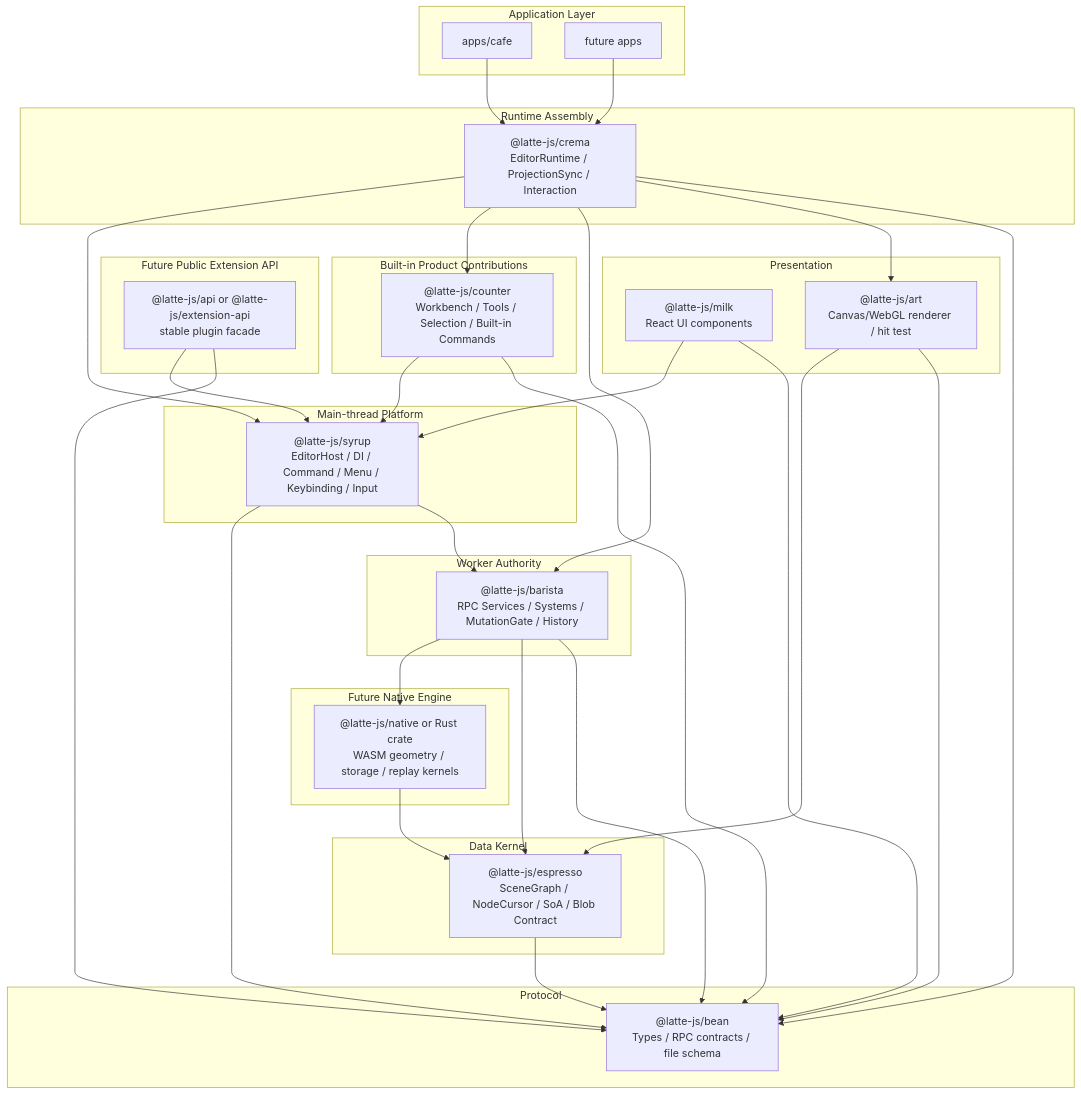
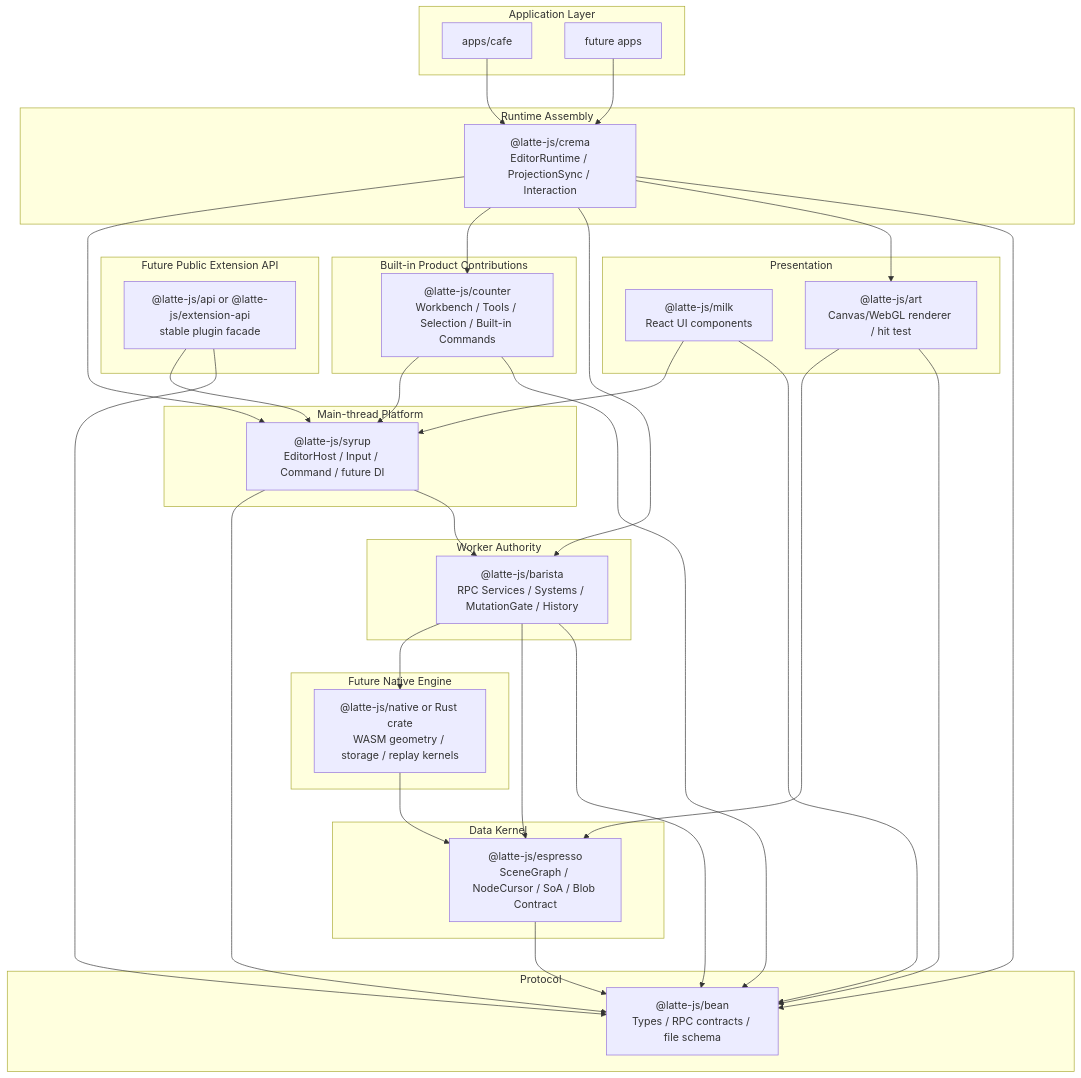
The first of 6 diagrams in docs/architecture-blueprint.zh-CN.md (DrugsZ/Latte), drawn with Mermaid before and after one commit. The commit also changed other lines of this file and 85 other files, not shown here.

````diff
--- a/docs/architecture-blueprint.zh-CN.md
+++ b/docs/architecture-blueprint.zh-CN.md
@@ -81,75 +81,75 @@
 ```mermaid
 graph TD
     subgraph App["Application Layer"]
         Cafe["apps/cafe"]
         FutureApps["future apps"]
     end
 
     subgraph Runtime["Runtime Assembly"]
         Crema["@latte-js/crema<br/>EditorRuntime / ProjectionSync / Interaction"]
     end
 
     subgraph Platform["Main-thread Platform"]
-        Syrup["@latte-js/syrup<br/>EditorHost / DI / Command / Menu / Keybinding / Input"]
+        Syrup["@latte-js/syrup<br/>EditorHost / Input / Command / future DI"]
     end
 
     subgraph Product["Built-in Product Contributions"]
         Counter["@latte-js/counter<br/>Workbench / Tools / Selection / Built-in Commands"]
     end
 
     subgraph PublicAPI["Future Public Extension API"]
         API["@latte-js/api or @latte-js/extension-api<br/>stable plugin facade"]
     end
 
     subgraph UI["Presentation"]
         Milk["@latte-js/milk<br/>React UI components"]
         Art["@latte-js/art<br/>Canvas/WebGL renderer / hit test"]
     end
 
     subgraph Worker["Worker Authority"]
         Barista["@latte-js/barista<br/>RPC Services / Systems / MutationGate / History"]
     end
 
     subgraph Native["Future Native Engine"]
         NativeEngine["@latte-js/native or Rust crate<br/>WASM geometry / storage / replay kernels"]
     end
 
     subgraph Kernel["Data Kernel"]
         Espresso["@latte-js/espresso<br/>SceneGraph / NodeCursor / SoA / Blob Contract"]
     end
 
     subgraph Protocol["Protocol"]
         Bean["@latte-js/bean<br/>Types / RPC contracts / file schema"]
     end
 
     Cafe --> Crema
     FutureApps --> Crema
 
     Crema --> Syrup
     Crema --> Counter
     Crema --> Barista
     Crema --> Art
     Crema --> Bean
 
     Counter --> Syrup
     Counter --> Bean
 
     API --> Syrup
     API --> Bean
 
     Milk --> Syrup
     Milk --> Bean
 
     Art --> Espresso
     Art --> Bean
 
     Syrup --> Bean
     Syrup --> Barista
 
     Barista --> NativeEngine
     Barista --> Espresso
     NativeEngine --> Espresso
     Barista --> Bean
 
     Espresso --> Bean
 ```
````
